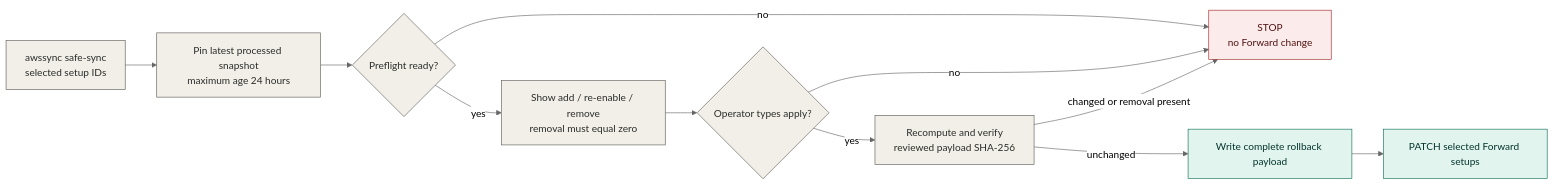
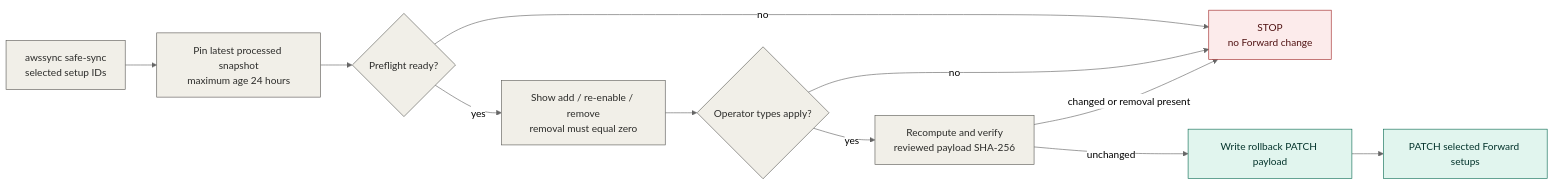
One commit to forwardnetworks/aws-sync changed the first of 9 diagrams in docs/architecture-flow.md. Above: the diagram before and after it, drawn with Mermaid (neutral theme). The commit also changed other lines of this file and 6 other files, not shown here.

````diff
--- a/docs/architecture-flow.md
+++ b/docs/architecture-flow.md
@@ -16,28 +16,28 @@
 ```mermaid
 flowchart LR
     run["awssync safe-sync\nselected setup IDs"]
     snapshot["Pin latest processed snapshot\nmaximum age 24 hours"]
     preflight{"Preflight ready?"}
     preview["Show add / re-enable / remove\nremoval must equal zero"]
     confirm{"Operator types apply?"}
     verify["Recompute and verify\nreviewed payload SHA-256"]
-    rollback["Write complete rollback payload"]
+    rollback["Write rollback PATCH payload"]
     patch["PATCH selected Forward setups"]
     stop["STOP\nno Forward change"]
 
     run --> snapshot --> preflight
     preflight -- "no" --> stop
     preflight -- "yes" --> preview --> confirm
     confirm -- "no" --> stop
     confirm -- "yes" --> verify
     verify -- "changed or removal present" --> stop
     verify -- "unchanged" --> rollback --> patch
 
     classDef neutral fill:#F1EFE8,stroke:#5F5E5A,color:#2C2C2A;
     classDef safe fill:#E1F5EE,stroke:#0F6E56,color:#04342C;
     classDef blocked fill:#FCEBEB,stroke:#A32D2D,color:#501313;
 
     class run,snapshot,preflight,preview,confirm,verify neutral;
     class rollback,patch safe;
     class stop blocked;
 ```
````
